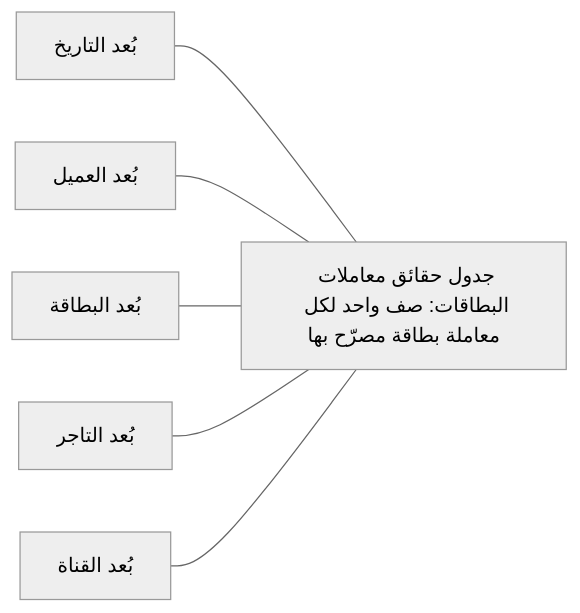
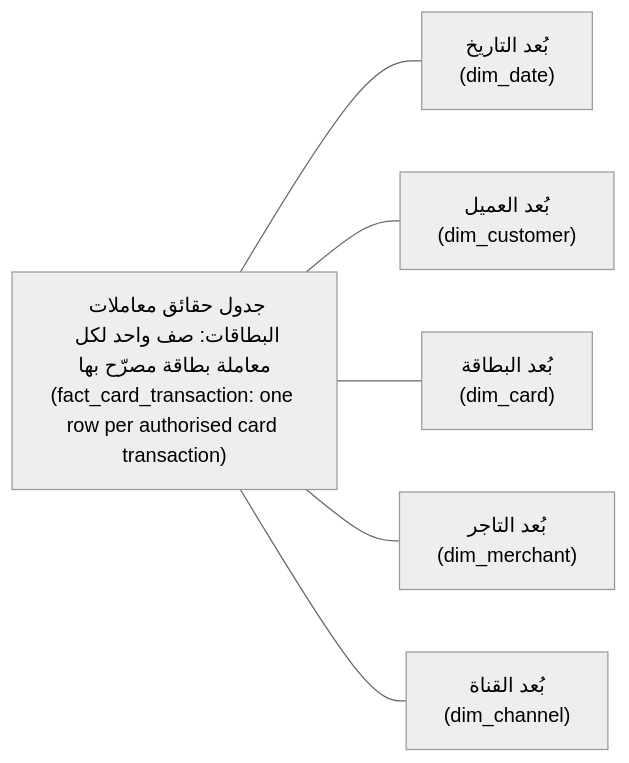
Before and after one commit to Tamoura/system-design-for-vibe-coders: the second of 3 diagrams in data/modules/01-sql-modelling.ar.md, drawn with Mermaid (neutral theme). The commit also changed other lines of this file and 20 other files, not shown here.

First line of the commit message:
New courses: Arabic diagrams read right-to-left with English labels (modules 0–6)

````diff
--- a/data/modules/01-sql-modelling.ar.md
+++ b/data/modules/01-sql-modelling.ar.md
@@ -406,9 +406,9 @@
 ```mermaid
-flowchart LR
-    F["جدول حقائق معاملات البطاقات: صف واحد لكل معاملة بطاقة مصرّح بها"]
-    D1["بُعد التاريخ"] --- F
-    D2["بُعد العميل"] --- F
-    D3["بُعد البطاقة"] --- F
-    D4["بُعد التاجر"] --- F
-    D5["بُعد القناة"] --- F
+flowchart RL
+    F["جدول حقائق معاملات البطاقات: صف واحد لكل معاملة بطاقة مصرّح بها<br/>(fact_card_transaction: one row per authorised card transaction)"]
+    D1["بُعد التاريخ<br/>(dim_date)"] --- F
+    D2["بُعد العميل<br/>(dim_customer)"] --- F
+    D3["بُعد البطاقة<br/>(dim_card)"] --- F
+    D4["بُعد التاجر<br/>(dim_merchant)"] --- F
+    D5["بُعد القناة<br/>(dim_channel)"] --- F
 ```
````
